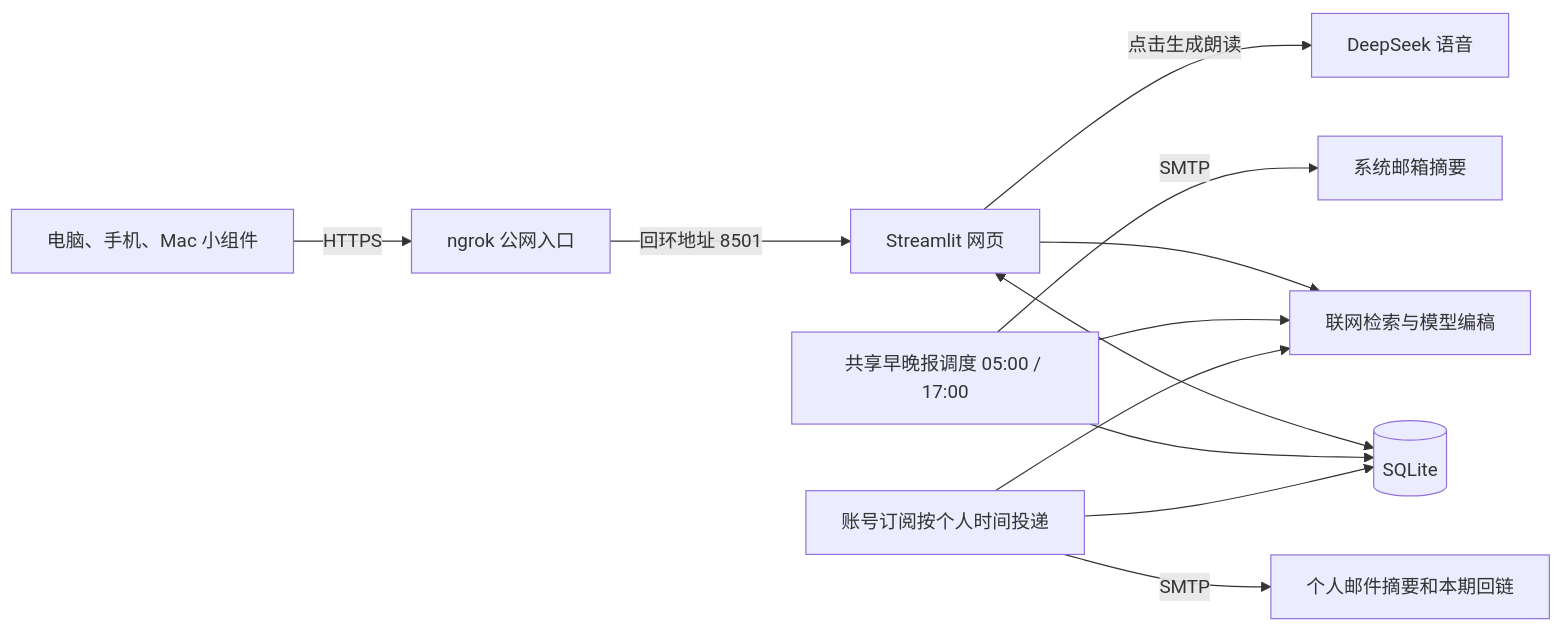
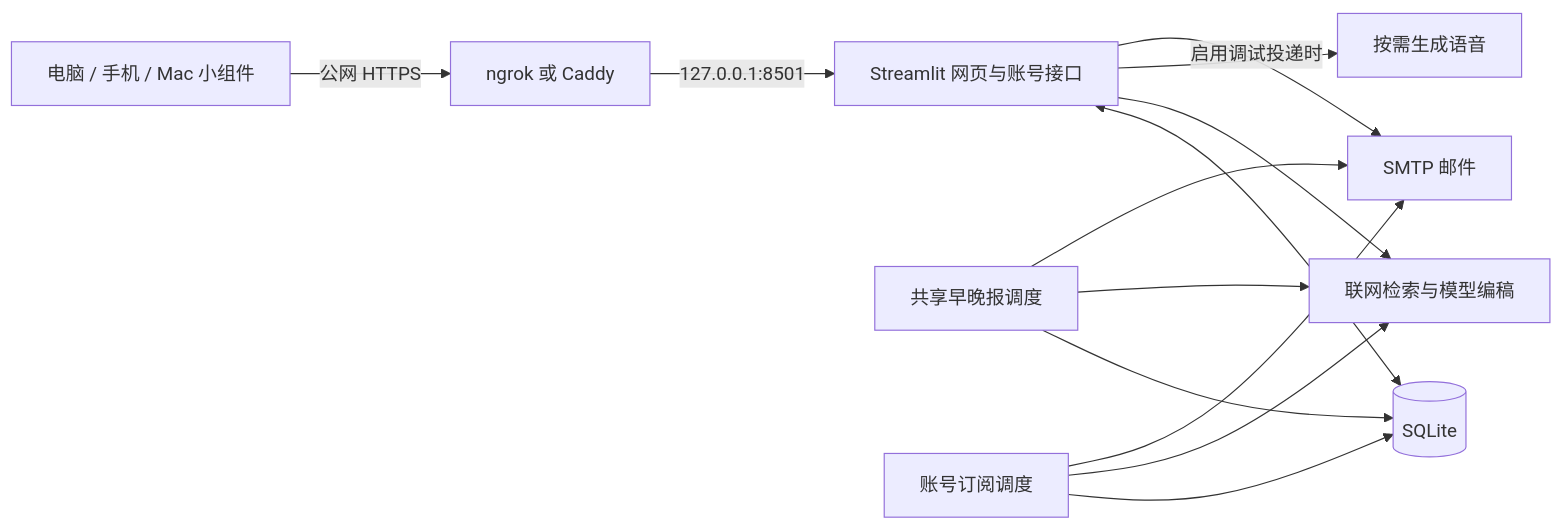
The diagram in docs/README.md (luminoso909/commute-digest), drawn with Mermaid before and after one commit. The commit also changed other lines of this file and 18 other files, not shown here.

````diff
--- a/docs/README.md
+++ b/docs/README.md
@@ -9,12 +7,12 @@
 ```mermaid
 flowchart LR
-    R[电脑、手机、Mac 小组件] -->|HTTPS| N[ngrok 公网入口]
-    N -->|回环地址 8501| W[Streamlit 网页]
+    R[电脑 / 手机 / Mac 小组件] -->|公网 HTTPS| N[ngrok 或 Caddy]
+    N -->|127.0.0.1:8501| W[Streamlit 网页与账号接口]
     W <--> D[(SQLite)]
-    S[共享早晚报调度 05:00 / 17:00] --> D
-    P[账号订阅按个人时间投递] --> D
+    S[共享早晚报调度] --> D
+    P[账号订阅调度] --> D
     W & S & P --> M[联网检索与模型编稿]
-    W -->|点击生成朗读| T[DeepSeek 语音]
-    S -->|SMTP| E[系统邮箱摘要]
-    P -->|SMTP| U[个人邮件摘要和本期回链]
+    W --> T[按需生成语音]
+    S & P --> E[SMTP 邮件]
+    W -->|启用调试投递时| E
 ```
````
